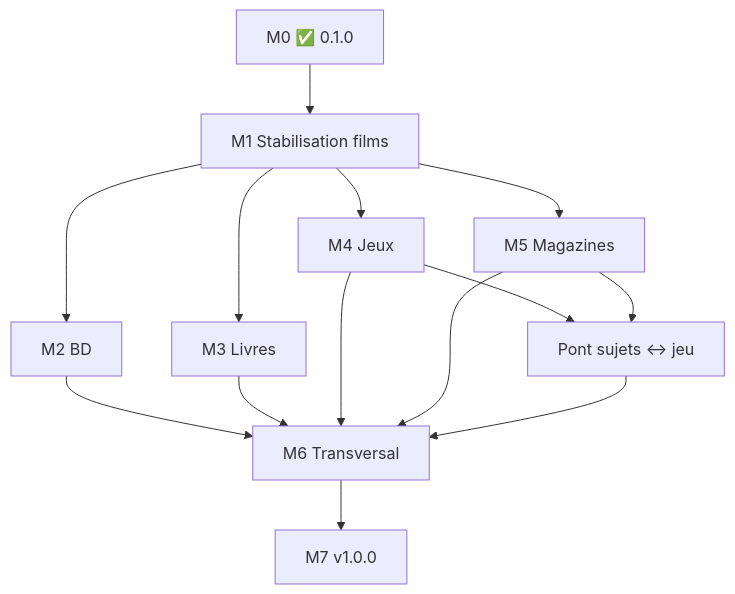
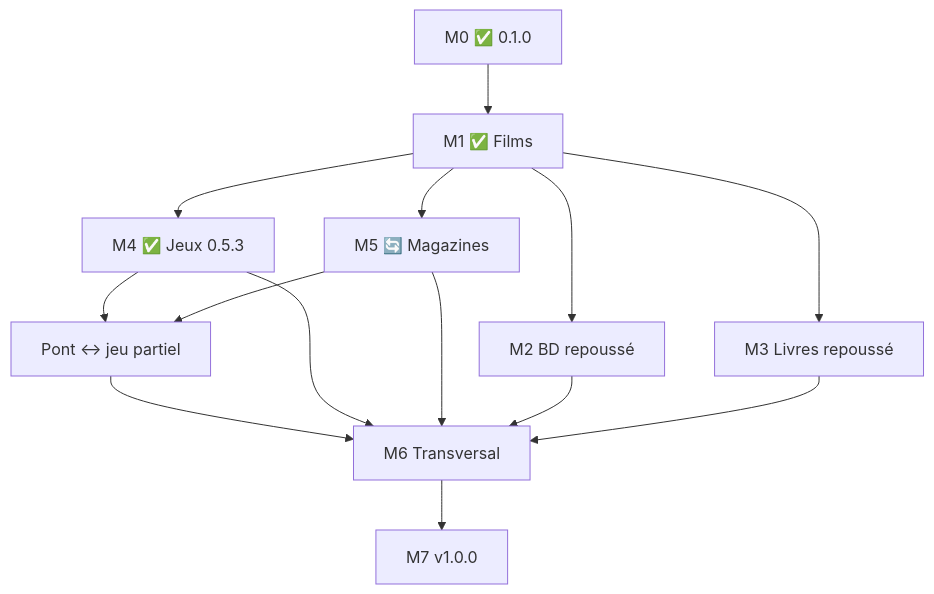
Before and after one commit to daryl40000/mediatheque: the second of 2 diagrams in ROADMAP.md, drawn with Mermaid. The commit also changed other lines of this file, not shown here.

Commit message:
MaJ roadmap

````diff
--- a/ROADMAP.md
+++ b/ROADMAP.md
@@ -372,16 +320,16 @@
 ```mermaid
 flowchart TB
-  M0[M0 ✅ 0.1.0] --> M1[M1 Stabilisation films]
-  M1 --> M2[M2 BD]
-  M1 --> M3[M3 Livres]
-  M1 --> M4[M4 Jeux]
-  M1 --> M5[M5 Magazines]
-  M2 --> M6[M6 Transversal]
-  M3 --> M6
+  M0[M0 ✅ 0.1.0] --> M1[M1 ✅ Films]
+  M1 --> M4[M4 ✅ Jeux 0.5.3]
+  M1 --> M5[M5 🔄 Magazines]
+  M4 --> XPont[Pont ↔ jeu partiel]
+  M5 --> XPont
+  XPont --> M6[M6 Transversal]
   M4 --> M6
   M5 --> M6
-  M4 --> XPont[Pont sujets ↔ jeu]
-  M5 --> XPont
-  XPont --> M6
+  M1 --> M2[M2 BD repoussé]
+  M1 --> M3[M3 Livres repoussé]
+  M2 --> M6
+  M3 --> M6
   M6 --> M7[M7 v1.0.0]
 ```
````
